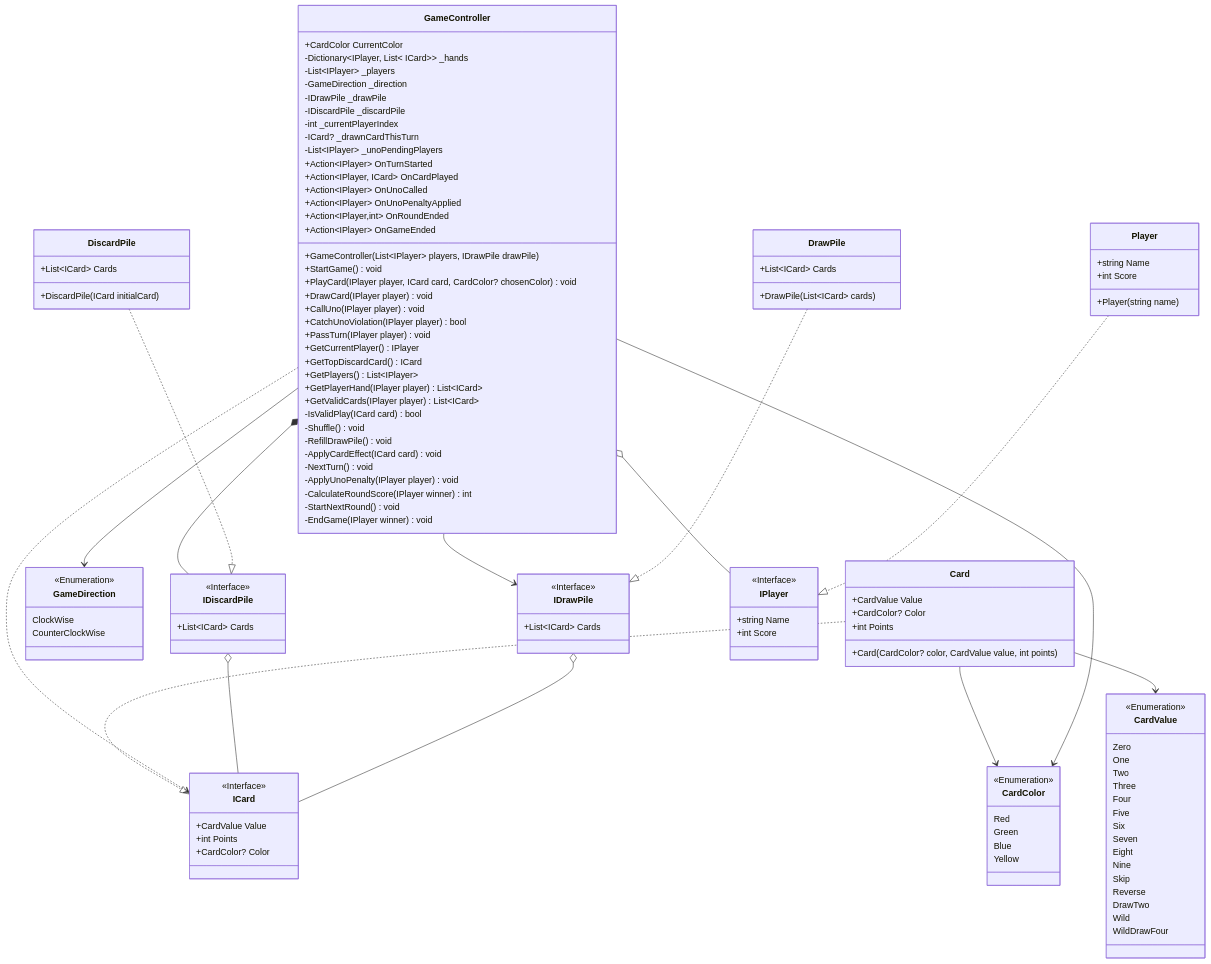
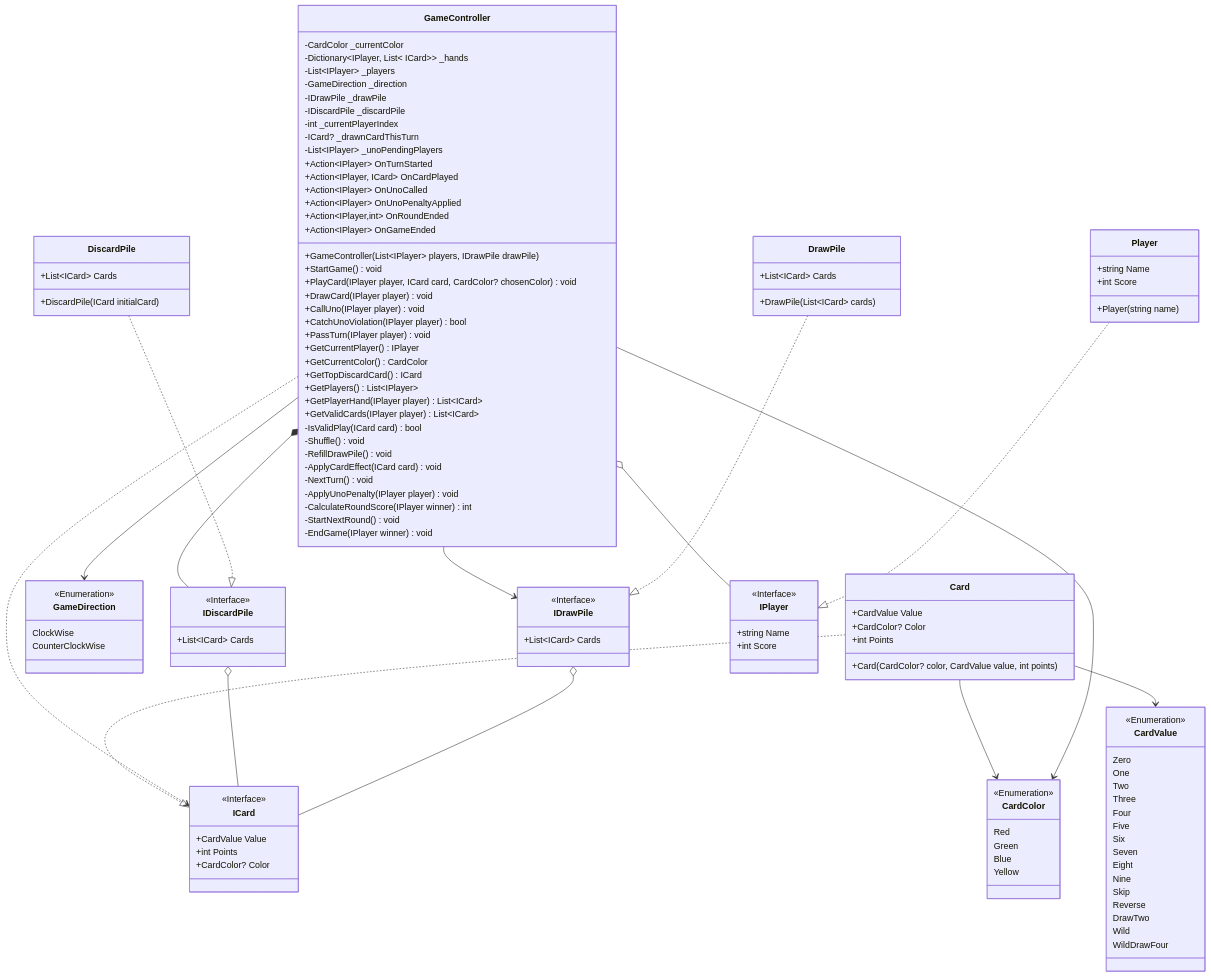
Before and after one commit to putramkti/batch-19: the diagram in IndividualProject/ClassDiagram/uno.md, drawn with Mermaid.

Commit message:
Refactor GameController class to encapsulate current color and add getter for current color

```diff
--- a/IndividualProject/ClassDiagram/uno.md
+++ b/IndividualProject/ClassDiagram/uno.md
@@ -74,7 +74,7 @@
     }
     
     class GameController{
-        +CardColor CurrentColor
+        -CardColor _currentColor
         -Dictionary~IPlayer, List< ICard>~ _hands
         -List~IPlayer~ _players
         -GameDirection _direction
@@ -100,6 +100,7 @@
         +PassTurn(IPlayer player) void
 
         +GetCurrentPlayer() IPlayer
+        +GetCurrentColor() CardColor
         +GetTopDiscardCard() ICard
         +GetPlayers() List~IPlayer~
         +GetPlayerHand(IPlayer player) List~ICard~
```
